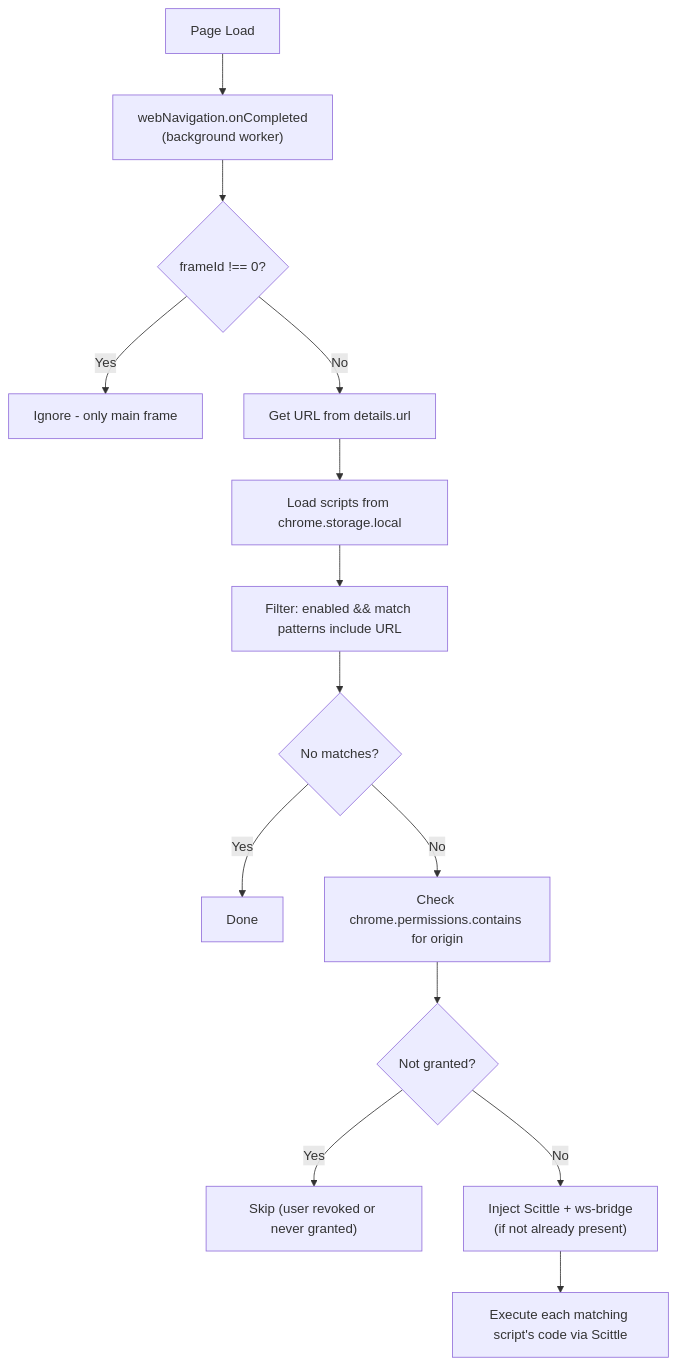
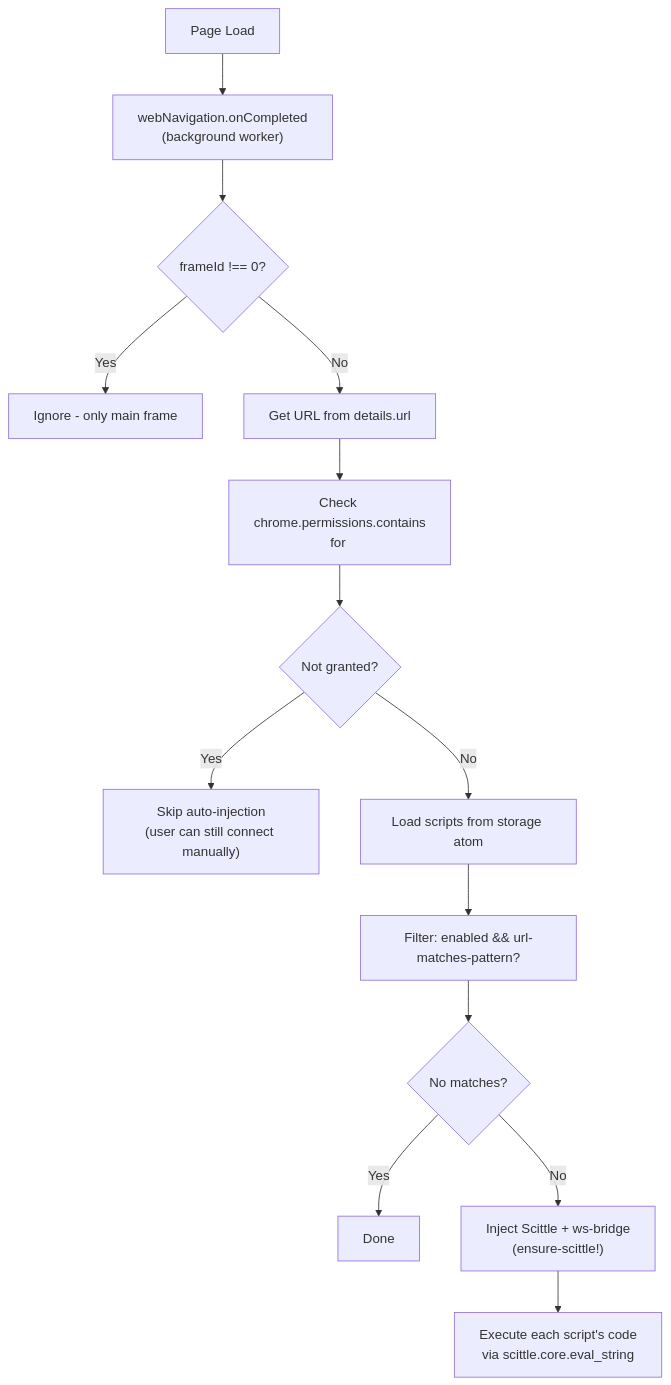
One commit to PEZ/epupp changed the second of 2 diagrams in dev/docs/userscripts-architecture.md. Above: the diagram before and after it, drawn with Mermaid. The commit also changed other lines of this file and 5 other files, not shown here.

Commit message:
Add approval step for new auto-executed scripts

````diff
--- a/dev/docs/userscripts-architecture.md
+++ b/dev/docs/userscripts-architecture.md
@@ -183,16 +167,16 @@
 ```mermaid
 flowchart TD
     PL[Page Load] --> WN["webNavigation.onCompleted\n(background worker)"]
     WN --> F1{"frameId !== 0?"}
     F1 -->|Yes| IGN[Ignore - only main frame]
     F1 -->|No| GU[Get URL from details.url]
-    GU --> LS[Load scripts from chrome.storage.local]
-    LS --> FI["Filter: enabled && match patterns include URL"]
-    FI --> F2{"No matches?"}
-    F2 -->|Yes| DONE1[Done]
-    F2 -->|No| CP[Check chrome.permissions.contains for origin]
-    CP --> F3{"Not granted?"}
-    F3 -->|Yes| SKIP["Skip (user revoked or never granted)"]
-    F3 -->|No| INJ["Inject Scittle + ws-bridge\n(if not already present)"]
-    INJ --> EXEC[Execute each matching script's code via Scittle]
+    GU --> CP["Check chrome.permissions.contains\nfor <all_urls>"]
+    CP --> F2{"Not granted?"}
+    F2 -->|Yes| SKIP["Skip auto-injection\n(user can still connect manually)"]
+    F2 -->|No| LS[Load scripts from storage atom]
+    LS --> FI["Filter: enabled && url-matches-pattern?"]
+    FI --> F3{"No matches?"}
+    F3 -->|Yes| DONE1[Done]
+    F3 -->|No| INJ["Inject Scittle + ws-bridge\n(ensure-scittle!)"]
+    INJ --> EXEC["Execute each script's code\nvia scittle.core.eval_string"]
 ```
````
